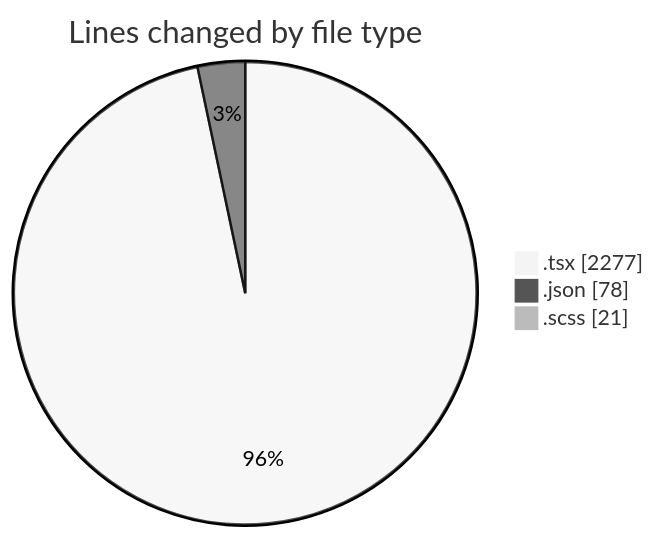
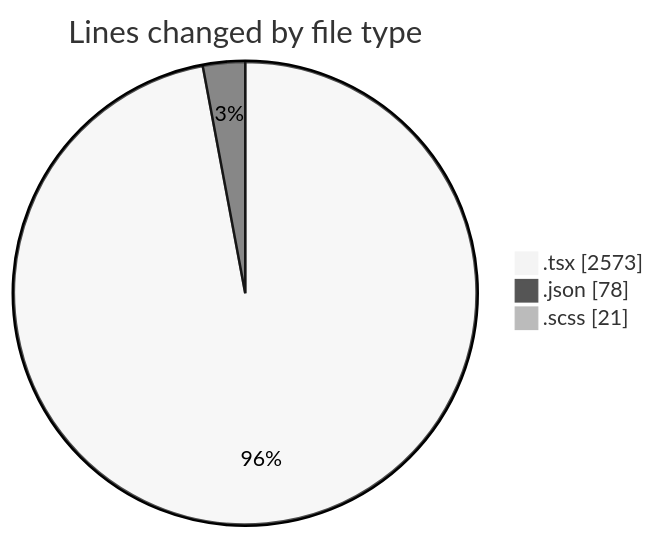
The first of 2 diagrams in 2026-09-29/cda/README.md (momahboobian/code-tracking), drawn with Mermaid (neutral theme) before and after one commit. The commit also changed other lines of this file and 1 other file, not shown here.

````diff
--- a/2026-09-29/cda/README.md
+++ b/2026-09-29/cda/README.md
@@ -32,7 +33,7 @@
 ```mermaid
 pie showData
 title Lines changed by file type
-".tsx" : 2277
+".tsx" : 2573
 ".json" : 78
 ".scss" : 21
 ```
````
